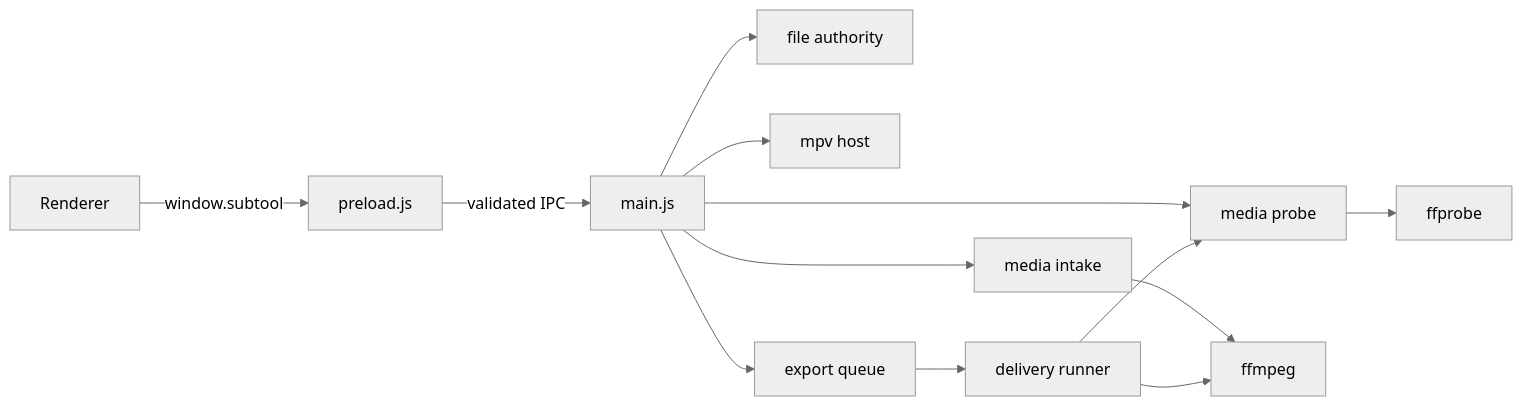
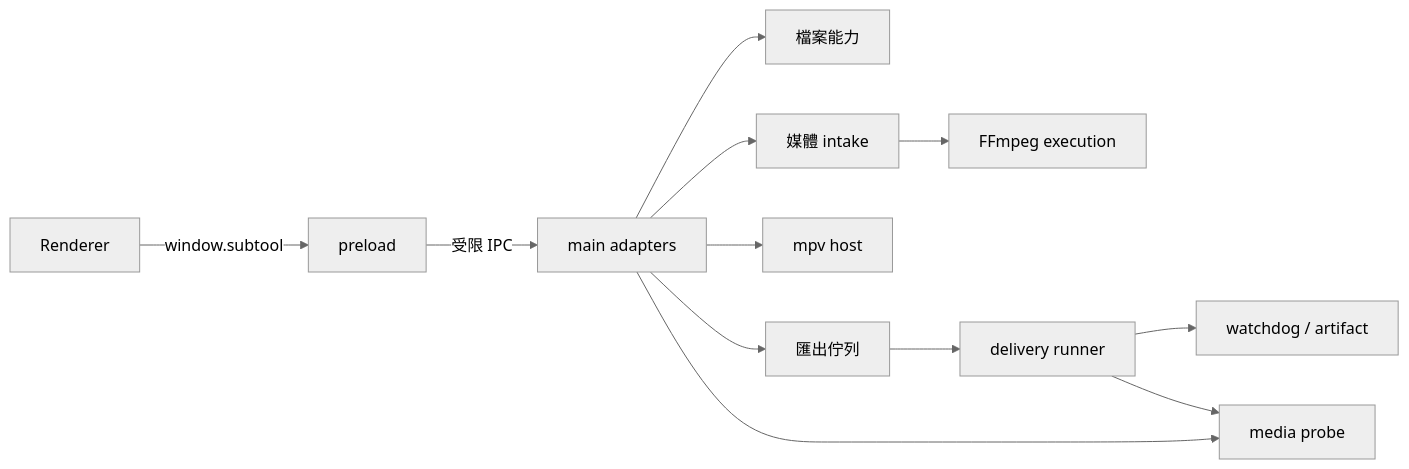
The diagram in docs/Electron_維護手冊.md (evanwayc-star/SUB_Tool), drawn with Mermaid (neutral theme) before and after one commit. The commit also changed other lines of this file and 64 other files, not shown here.

````diff
--- a/docs/Electron_維護手冊.md
+++ b/docs/Electron_維護手冊.md
@@ -7,15 +7,14 @@
 ```mermaid
 flowchart LR
-  R[Renderer] -->|window.subtool| P[preload.js]
-  P -->|validated IPC| M[main.js]
-  M --> F[file authority]
-  M --> I[media intake]
-  M --> MP[media probe]
+  R[Renderer] -->|window.subtool| P[preload]
+  P -->|受限 IPC| M[main adapters]
+  M --> F[檔案能力]
+  M --> I[媒體 intake]
   M --> V[mpv host]
-  M --> Q[export queue]
+  M --> Q[匯出佇列]
+  I --> E[FFmpeg execution]
   Q --> D[delivery runner]
-  I --> N[ffmpeg]
-  MP --> FP[ffprobe]
-  D --> MP
-  D --> N
+  D --> W[watchdog / artifact]
+  M --> B[media probe]
+  D --> B
 ```
````
